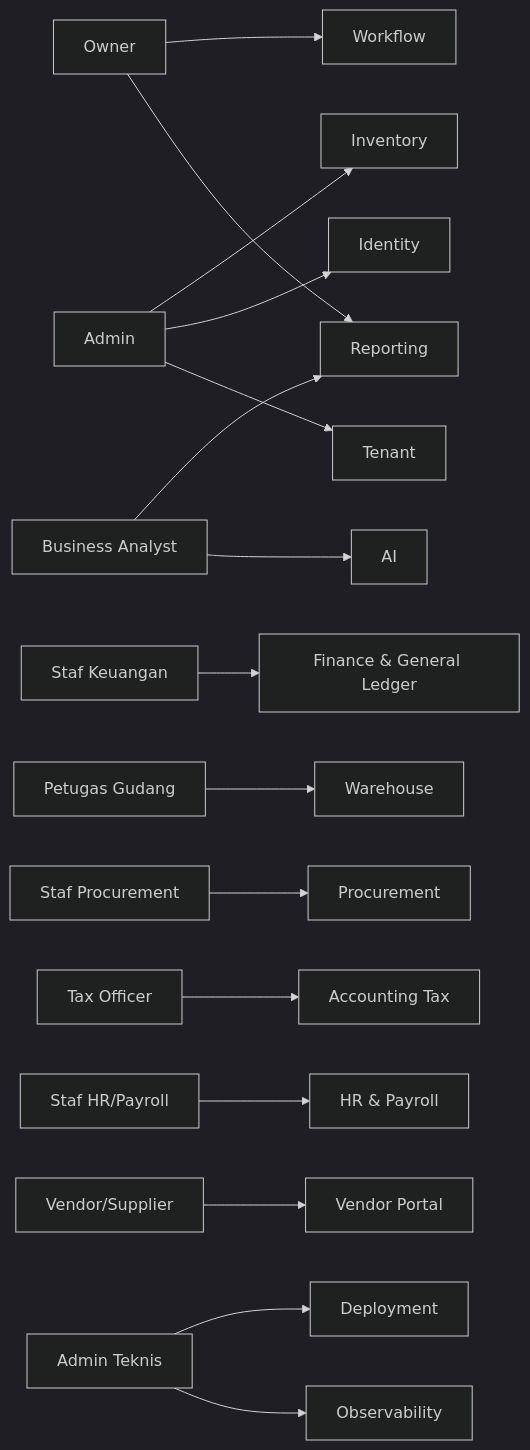
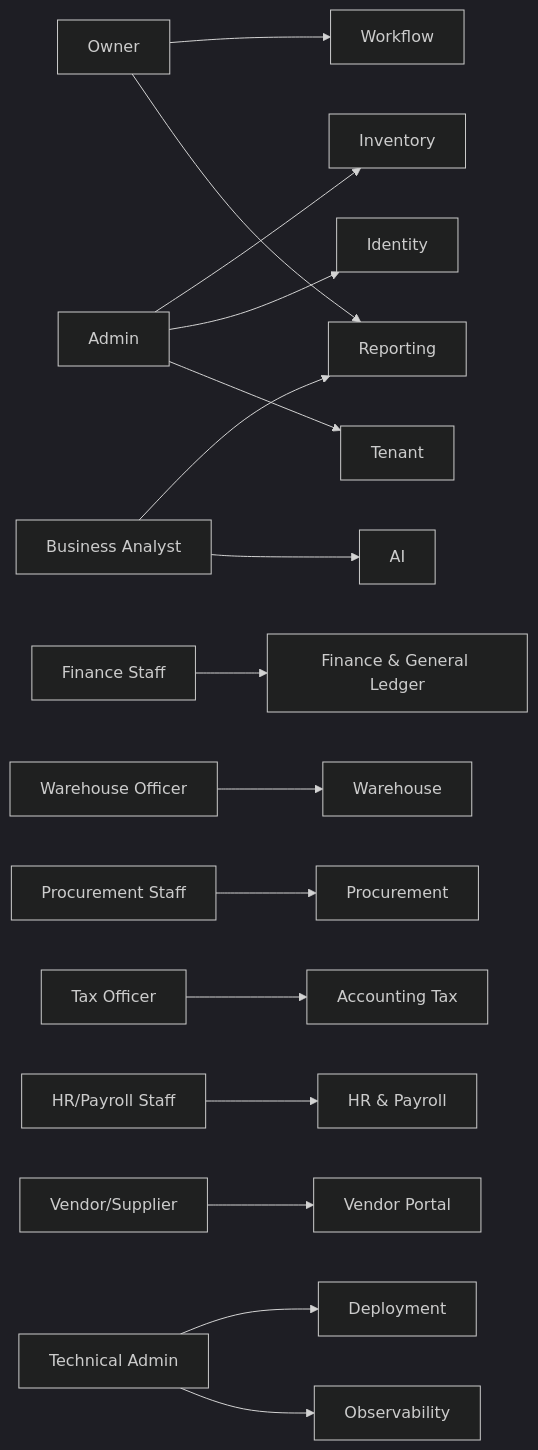
One commit to ahliweb/awcms changed the first of 2 diagrams in docs/awcms/02_prd_detail_per_modul.md. Above: the diagram before and after it, drawn with Mermaid (dark theme). The commit also changed other lines of this file and 603 other files, not shown here.

````diff
--- a/docs/awcms/02_prd_detail_per_modul.md
+++ b/docs/awcms/02_prd_detail_per_modul.md
@@ -13,13 +15,13 @@
 ```mermaid
 flowchart LR
   Owner --> Reporting & Workflow
   Admin --> Tenant & Identity & Inventory
-  Finance[Staf Keuangan] --> Finance_GL[Finance & General Ledger]
-  Gudang[Petugas Gudang] --> Warehouse
-  Purch[Staf Procurement] --> Procurement
+  Finance[Finance Staff] --> Finance_GL[Finance & General Ledger]
+  Gudang[Warehouse Officer] --> Warehouse
+  Purch[Procurement Staff] --> Procurement
   Tax[Tax Officer] --> AccountingTax[Accounting Tax]
-  HR[Staf HR/Payroll] --> HRPayroll[HR & Payroll]
+  HR[HR/Payroll Staff] --> HRPayroll[HR & Payroll]
   Analyst[Business Analyst] --> AI & Reporting
   Vendor[Vendor/Supplier] --> Portal[Vendor Portal]
-  Teknis[Admin Teknis] --> Observability & Deployment
+  Teknis[Technical Admin] --> Observability & Deployment
 ```
````
